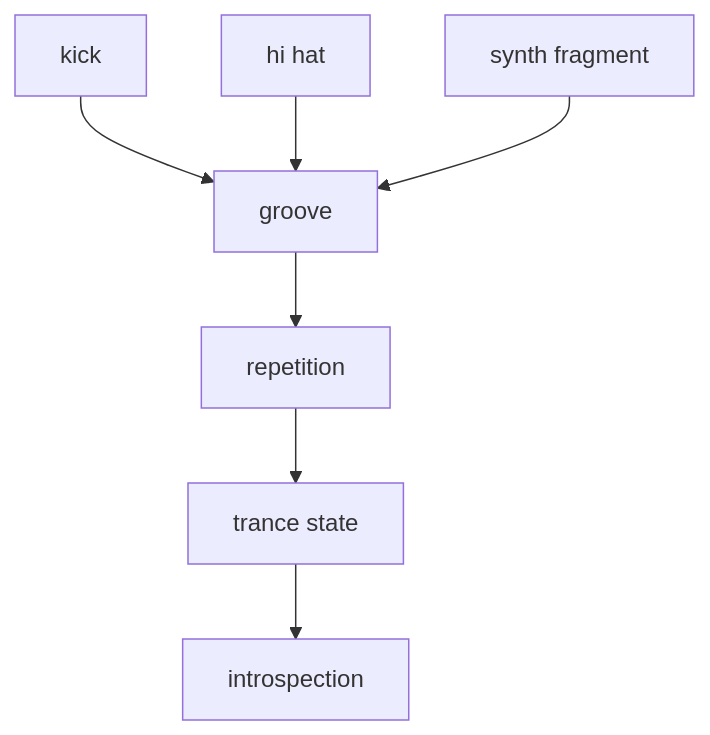
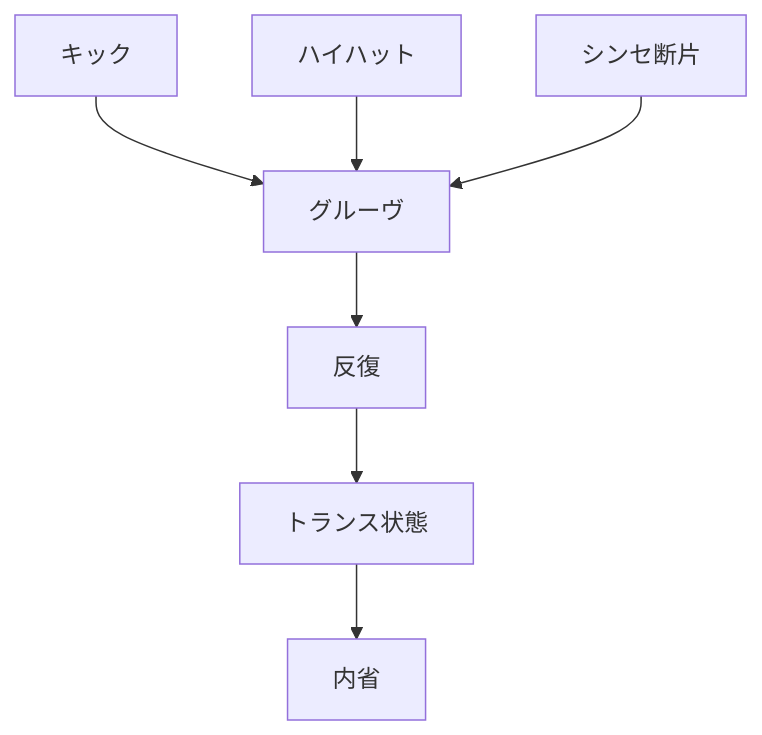
The second of 2 diagrams in en/_posts/2026-03-22-column-robert-hood.md (monumental-movement/monumental-movement.github.io), drawn with Mermaid before and after one commit. The commit also changed other lines of this file and 2196 other files, not shown here.

```diff
--- a/en/_posts/2026-03-22-column-robert-hood.md
+++ b/en/_posts/2026-03-22-column-robert-hood.md
@@ -176,9 +175,9 @@
 <div class="mermaid">
 graph TD
-    A[kick] --> D[groove]
-    B[hi hat] --> D
-    C[synth fragment] --> D
-    D --> E[repetition]
-    E --> F[trance state]
-    F --> G[introspection]
+    A[キック] --> D[グルーヴ]
+    B[ハイハット] --> D
+    C[シンセ断片] --> D
+    D --> E[反復]
+    E --> F[トランス状態]
+    F --> G[内省]
 </div>
```
